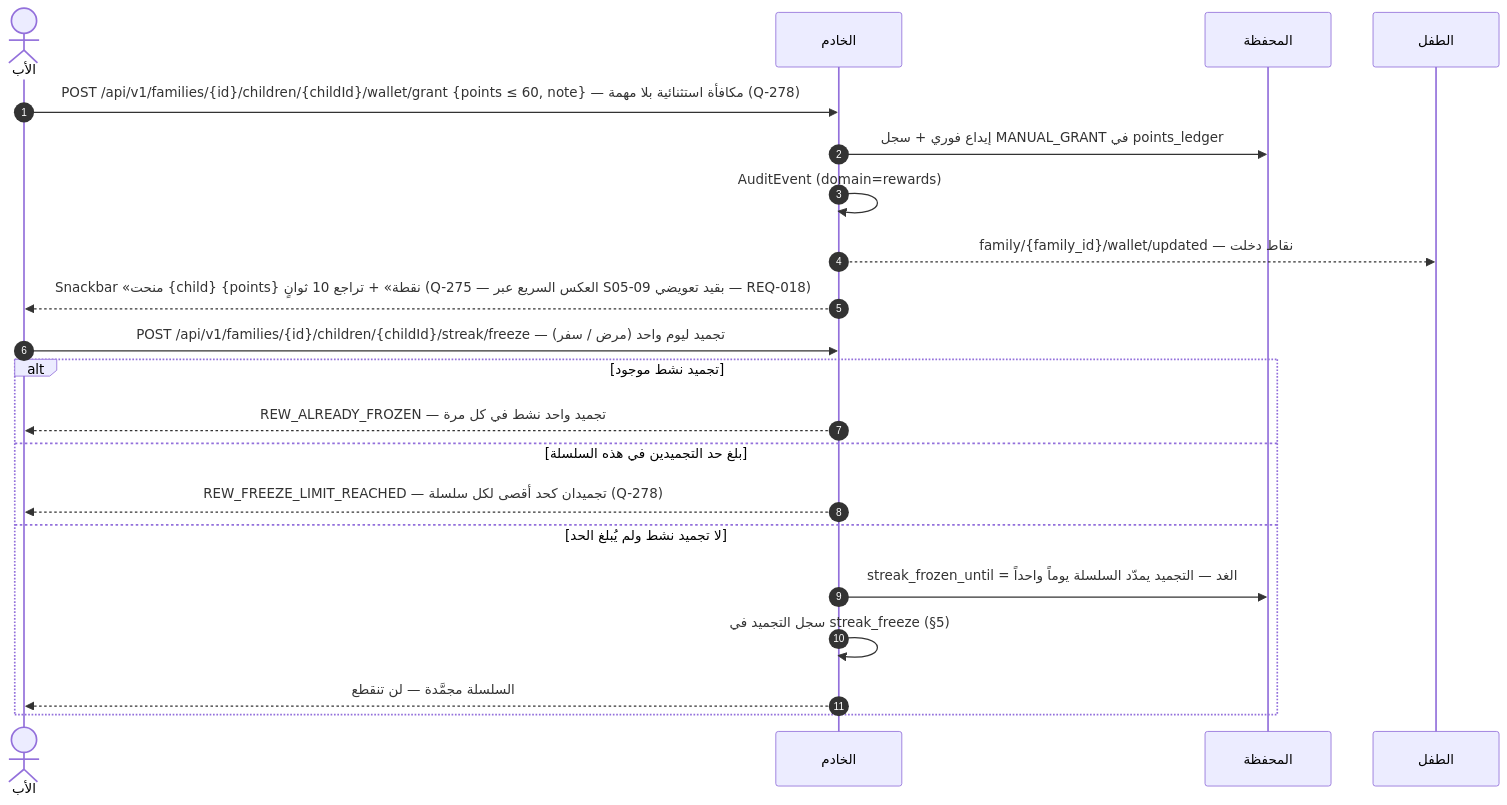
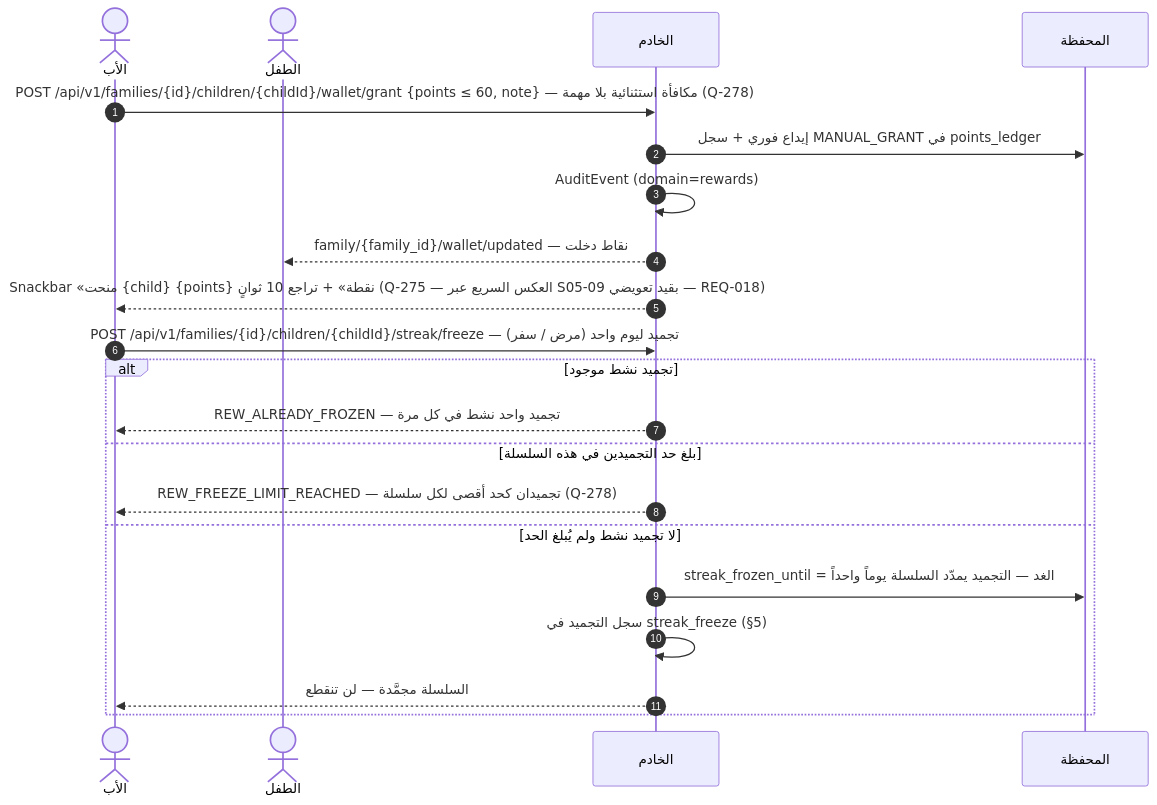
Before and after one commit to Bassam-mohammed-alqaeadi/family-os-v2: the eighth of 19 diagrams in docs/family-os/governance/phases/phase-1/S1-05-rewards-children/DIAGRAMS.md, drawn with Mermaid. The commit also changed other lines of this file, not shown here.

````diff
--- a/docs/family-os/governance/phases/phase-1/S1-05-rewards-children/DIAGRAMS.md
+++ b/docs/family-os/governance/phases/phase-1/S1-05-rewards-children/DIAGRAMS.md
@@ -318,23 +379,23 @@
 ```mermaid
 sequenceDiagram
     autonumber
     actor Father as الأب
+    actor Child as الطفل
     participant Ktor as الخادم
     participant Wallet as المحفظة
-    participant Child as الطفل
     Father->>Ktor: POST /api/v1/families/{id}/children/{childId}/wallet/grant {points ≤ 60, note} — مكافأة استثنائية بلا مهمة (Q-278)
     Ktor->>Wallet: إيداع فوري + سجل MANUAL_GRANT في points_ledger
     Ktor->>Ktor: AuditEvent (domain=rewards)
     Ktor-->>Child: family/{family_id}/wallet/updated — نقاط دخلت
     Ktor-->>Father: Snackbar «منحت {child} {points} نقطة» + تراجع 10 ثوانٍ (Q-275 — العكس السريع عبر S05-09 بقيد تعويضي — REQ-018)
     Father->>Ktor: POST /api/v1/families/{id}/children/{childId}/streak/freeze — تجميد ليوم واحد (مرض / سفر)
     alt تجميد نشط موجود
         Ktor-->>Father: REW_ALREADY_FROZEN — تجميد واحد نشط في كل مرة
     else بلغ حد التجميدين في هذه السلسلة
         Ktor-->>Father: REW_FREEZE_LIMIT_REACHED — تجميدان كحد أقصى لكل سلسلة (Q-278)
     else لا تجميد نشط ولم يُبلغ الحد
         Ktor->>Wallet: streak_frozen_until = الغد — التجميد يمدّد السلسلة يوماً واحداً
         Ktor->>Ktor: سجل التجميد في streak_freeze (§5)
         Ktor-->>Father: السلسلة مجمَّدة — لن تنقطع
     end
 ```
````
